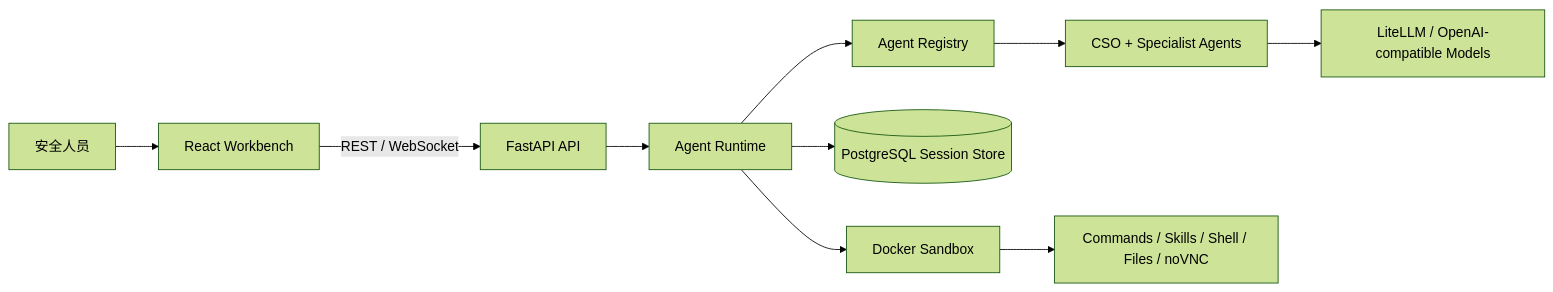
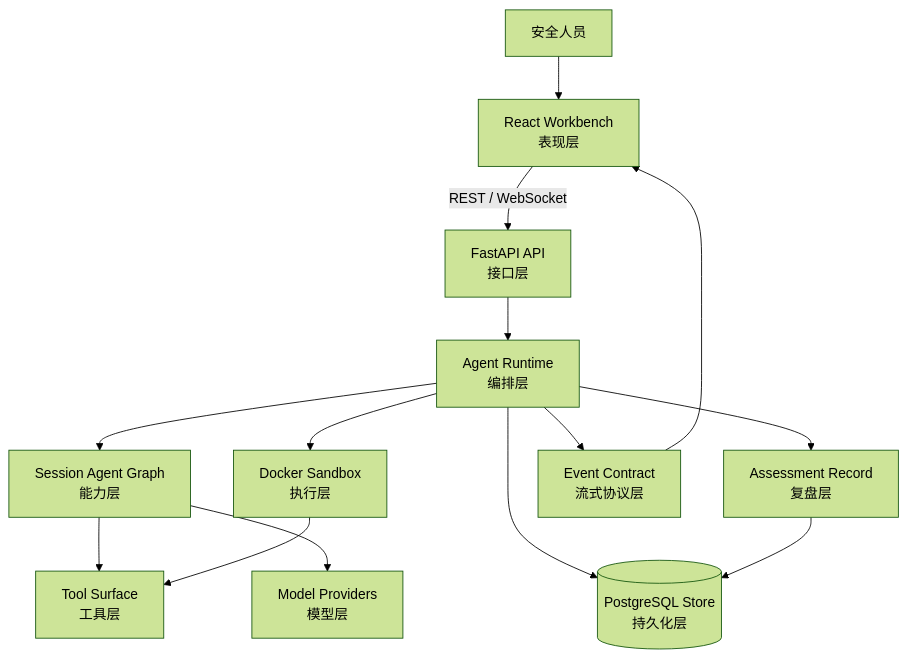
One commit to MagicTooooools/Z3r0 changed the first of 5 diagrams in README_zh.md. Above: the diagram before and after it, drawn with Mermaid (forest theme). The commit also changed other lines of this file and 3 other files, not shown here.

````diff
--- a/README_zh.md
+++ b/README_zh.md
@@ -40,12 +31,28 @@
 ```mermaid
-flowchart LR
-  User["安全人员"] --> Web["React Workbench"]
-  Web -->|REST / WebSocket| API["FastAPI API"]
-  API --> Runtime["Agent Runtime"]
-  Runtime --> Registry["Agent Registry"]
-  Registry --> Team["CSO + Specialist Agents"]
-  Team --> LLM["LiteLLM / OpenAI-compatible Models"]
-  Runtime --> Store[("PostgreSQL Session Store")]
-  Runtime --> Sandbox["Docker Sandbox"]
-  Sandbox --> Tools["Commands / Skills / Shell / Files / noVNC"]
+flowchart TB
+  Operator["安全人员"]
+  Workbench["React Workbench<br/>表现层"]
+  API["FastAPI API<br/>接口层"]
+  Runtime["Agent Runtime<br/>编排层"]
+  Graph["Session Agent Graph<br/>能力层"]
+  Record["Assessment Record<br/>复盘层"]
+  Sandbox["Docker Sandbox<br/>执行层"]
+  Tools["Tool Surface<br/>工具层"]
+  Models["Model Providers<br/>模型层"]
+  Events["Event Contract<br/>流式协议层"]
+  Store[("PostgreSQL Store<br/>持久化层")]
+
+  Operator --> Workbench
+  Workbench -->|REST / WebSocket| API
+  API --> Runtime
+  Runtime --> Graph
+  Runtime --> Record
+  Runtime --> Sandbox
+  Runtime --> Events
+  Runtime --> Store
+  Graph --> Tools
+  Graph --> Models
+  Sandbox --> Tools
+  Record --> Store
+  Events --> Workbench
 ```
````
